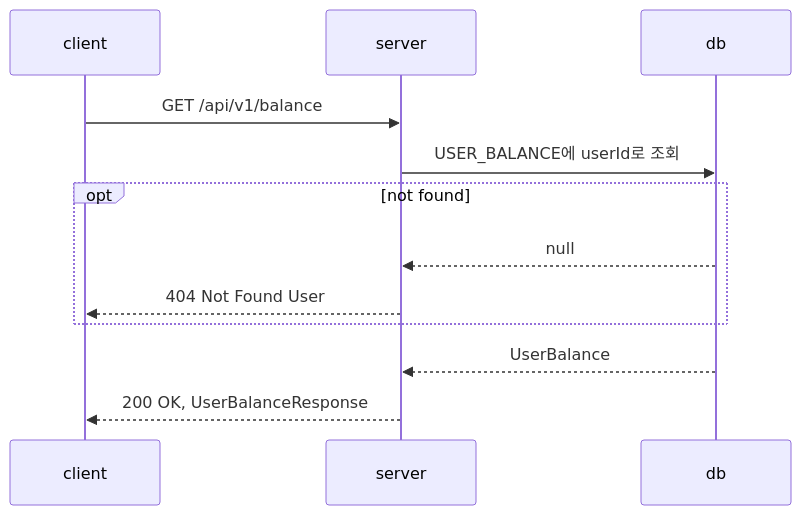
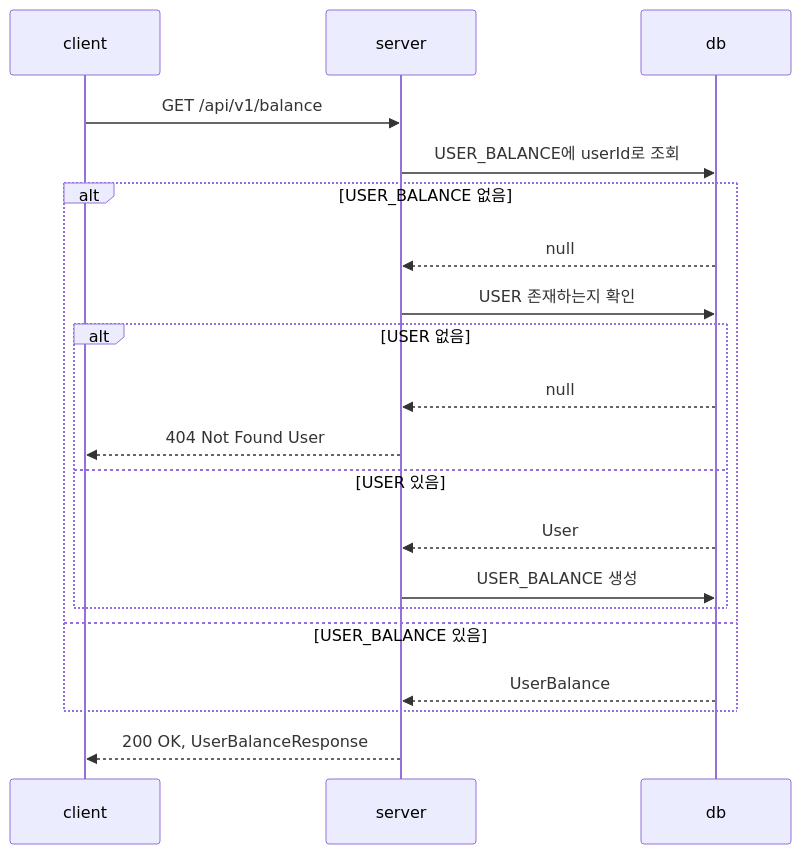
Before and after one commit to newbieJanghan/hh_plus_server: the first of 4 diagrams in docs/api/balance.md, drawn with Mermaid. The commit also changed other lines of this file, not shown here.

Commit message:
Docs: Balance API / diagram 수정

````diff
--- a/docs/api/balance.md
+++ b/docs/api/balance.md
@@ -39,15 +39,24 @@
 ```mermaid
 sequenceDiagram
     participant client
     participant server
     participant db
     client ->> server: GET /api/v1/balance
     server ->> db: USER_BALANCE에 userId로 조회
-    opt not found
+    alt USER_BALANCE 없음
         db -->> server: null
-        server -->> client: 404 Not Found User
+        server ->> db: USER 존재하는지 확인
+        alt USER 없음
+            db -->> server: null
+            server -->> client: 404 Not Found User
+        else USER 있음
+            db -->> server: User
+            server ->> db: USER_BALANCE 생성
+        end
+    else USER_BALANCE 있음
+        db -->> server: UserBalance
     end
-    db -->> server: UserBalance
+
     server -->> client: 200 OK, UserBalanceResponse
 
 ```
````
